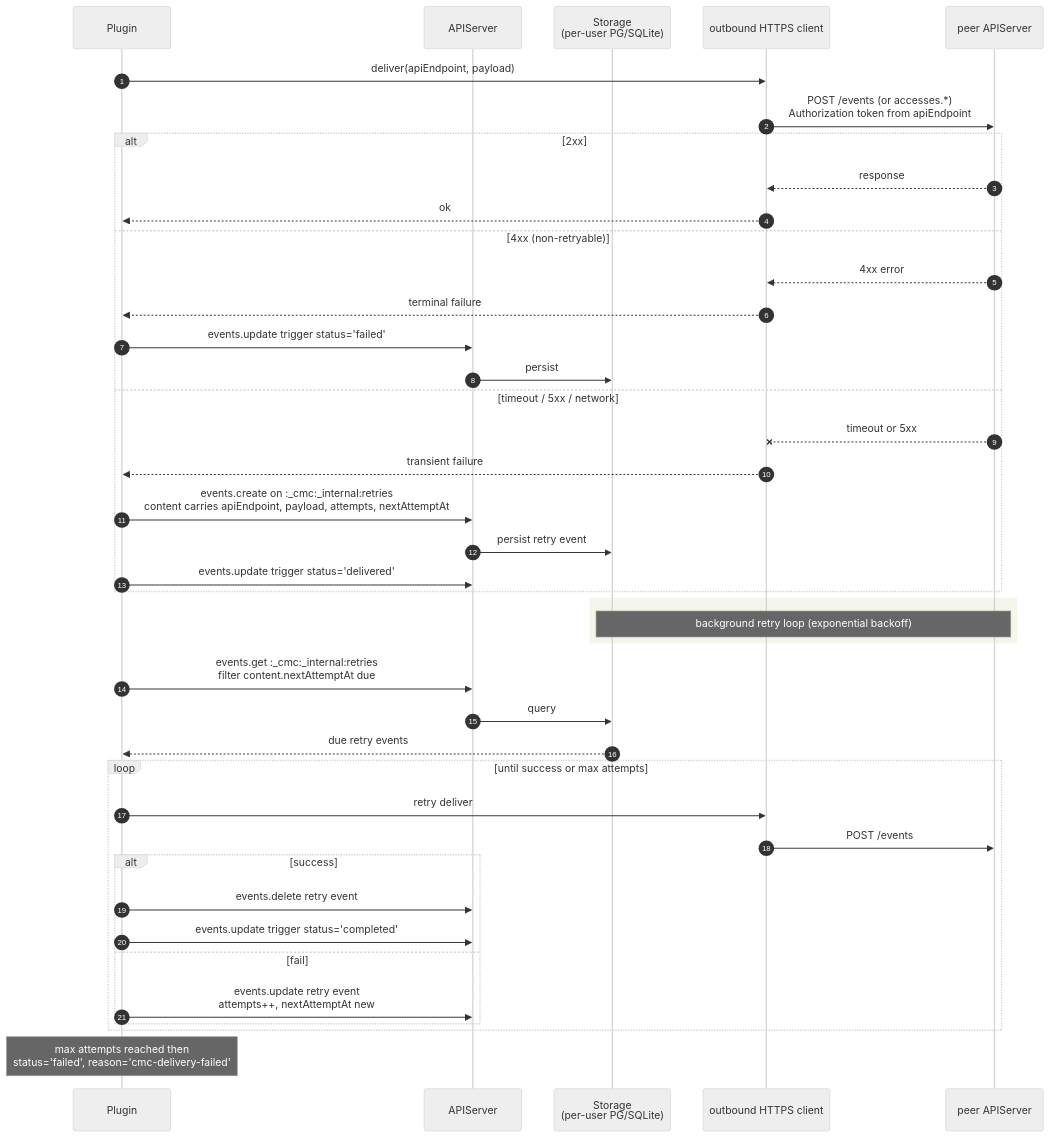
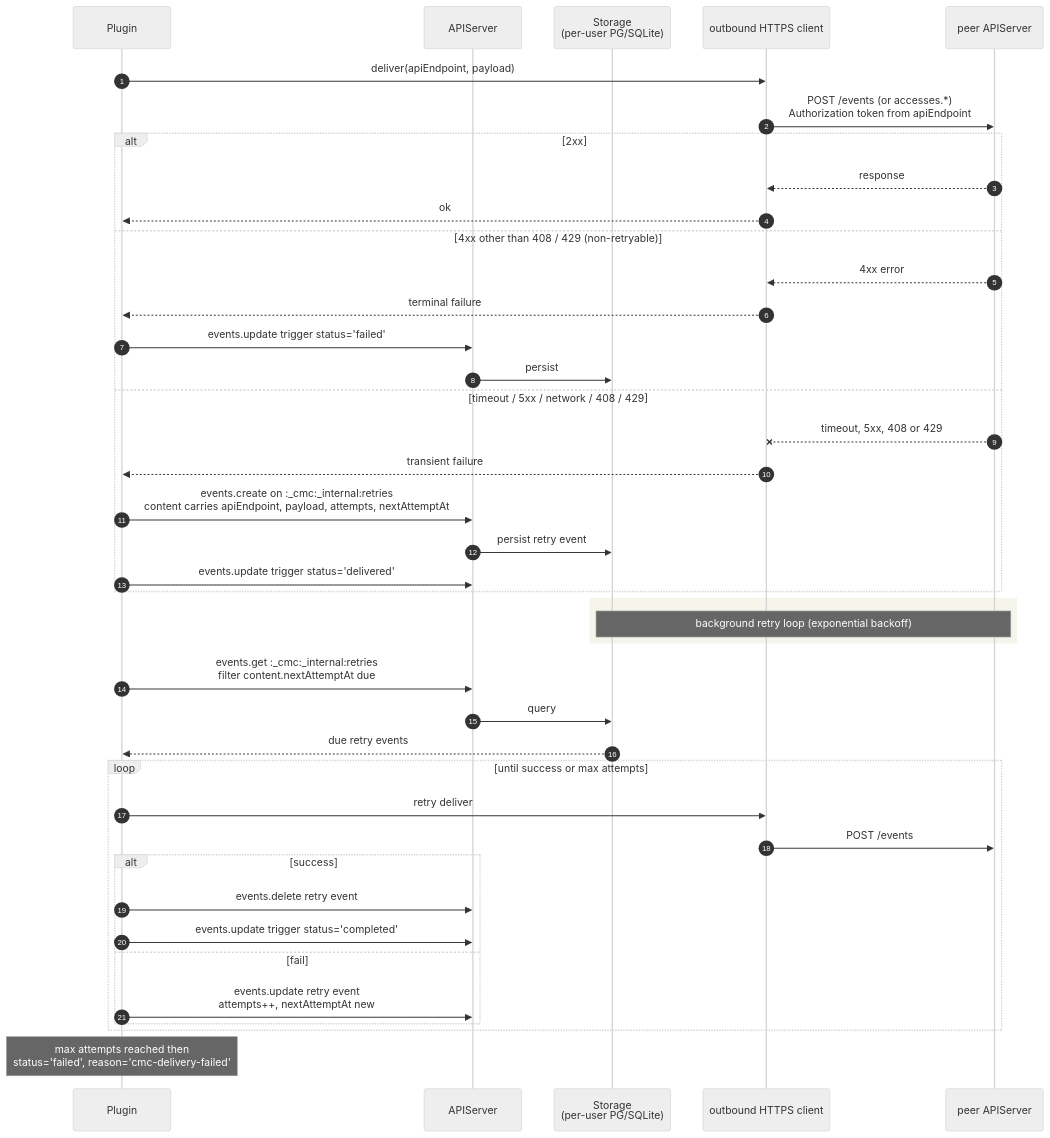
The fourth of 15 diagrams in components/cmc/INTERNALS.md (pryv/open-pryv.io), drawn with Mermaid (neutral theme) before and after one commit. The commit also changed other lines of this file and 8 other files, not shown here.

````diff
--- a/components/cmc/INTERNALS.md
+++ b/components/cmc/INTERNALS.md
@@ -190,46 +190,46 @@
 ```mermaid
 sequenceDiagram
     autonumber
     participant Plugin
     participant APIServer
     participant Storage as Storage<br/>(per-user PG/SQLite)
     participant HTTPSClient as outbound HTTPS client
     participant Peer as peer APIServer
 
     Plugin->>HTTPSClient: deliver(apiEndpoint, payload)
     HTTPSClient->>Peer: POST /events (or accesses.*)<br/>Authorization token from apiEndpoint
     alt 2xx
         Peer-->>HTTPSClient: response
         HTTPSClient-->>Plugin: ok
-    else 4xx (non-retryable)
+    else 4xx other than 408 / 429 (non-retryable)
         Peer-->>HTTPSClient: 4xx error
         HTTPSClient-->>Plugin: terminal failure
         Plugin->>APIServer: events.update trigger status='failed'
         APIServer->>Storage: persist
-    else timeout / 5xx / network
-        Peer--xHTTPSClient: timeout or 5xx
+    else timeout / 5xx / network / 408 / 429
+        Peer--xHTTPSClient: timeout, 5xx, 408 or 429
         HTTPSClient-->>Plugin: transient failure
         Plugin->>APIServer: events.create on :_cmc:_internal:retries<br/>content carries apiEndpoint, payload, attempts, nextAttemptAt
         APIServer->>Storage: persist retry event
         Plugin->>APIServer: events.update trigger status='delivered'
     end
 
     rect rgb(245, 245, 235)
     Note over Storage,Peer: background retry loop (exponential backoff)
     end
 
     Plugin->>APIServer: events.get :_cmc:_internal:retries<br/>filter content.nextAttemptAt due
     APIServer->>Storage: query
     Storage-->>Plugin: due retry events
     loop until success or max attempts
         Plugin->>HTTPSClient: retry deliver
         HTTPSClient->>Peer: POST /events
         alt success
             Plugin->>APIServer: events.delete retry event
             Plugin->>APIServer: events.update trigger status='completed'
         else fail
             Plugin->>APIServer: events.update retry event<br/>attempts++, nextAttemptAt new
         end
     end
     Note over Plugin: max attempts reached then<br/>status='failed', reason='cmc-delivery-failed'
 ```
````
